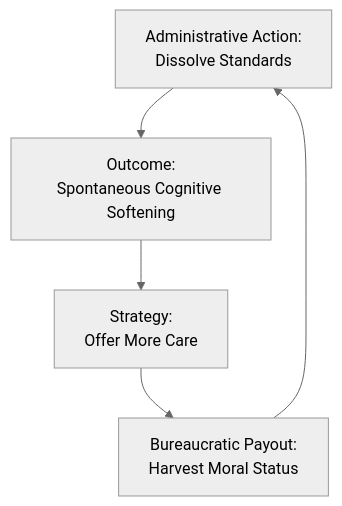
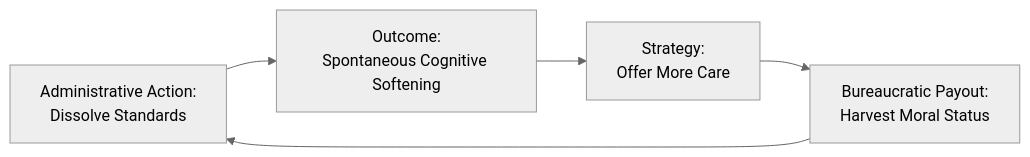
Before and after one commit to maldfrey/whitepapers: the second of 4 diagrams in papers/law-and-miseducation.md, drawn with Mermaid (neutral theme). The commit also changed other lines of this file, not shown here.

````diff
--- a/papers/law-and-miseducation.md
+++ b/papers/law-and-miseducation.md
@@ -57,7 +57,7 @@
 ```mermaid
-graph TD
+graph LR
     A[Administrative Action:<br>Dissolve Standards] --> B[Outcome:<br>Spontaneous Cognitive Softening]
     B --> C[Strategy:<br>Offer More Care]
     C --> D[Bureaucratic Payout:<br>Harvest Moral Status]
     D --> A
 ```
````
